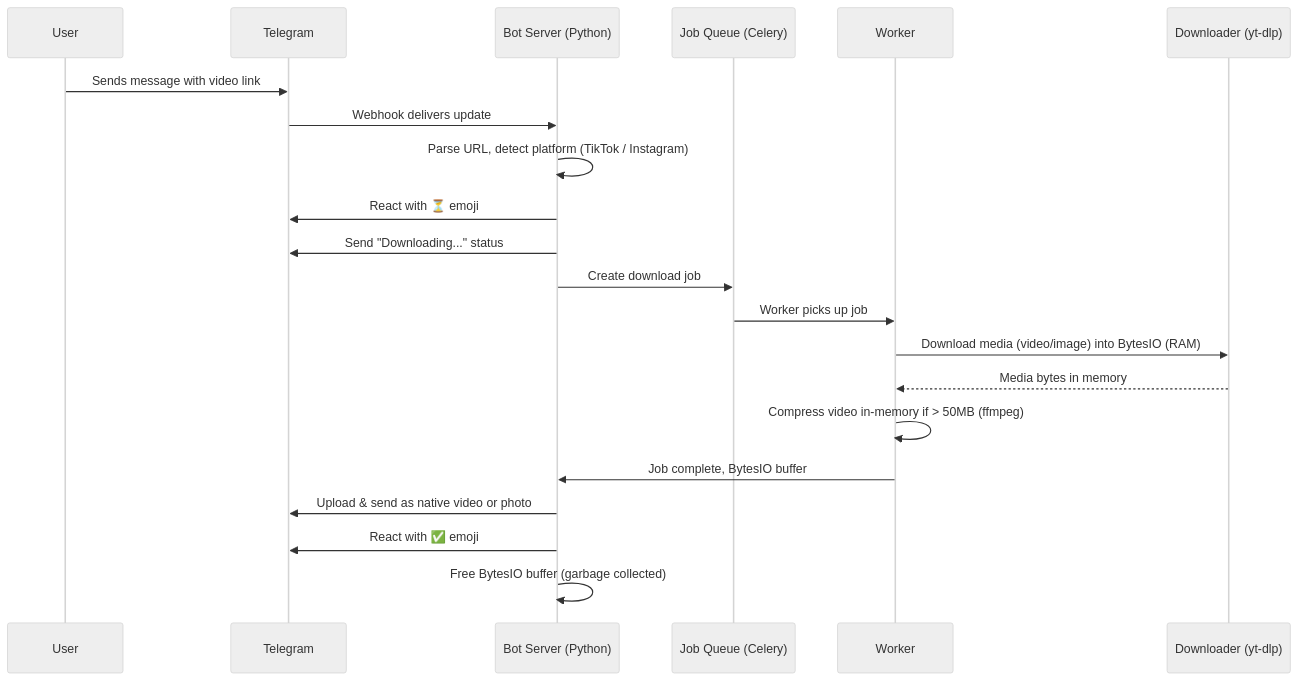
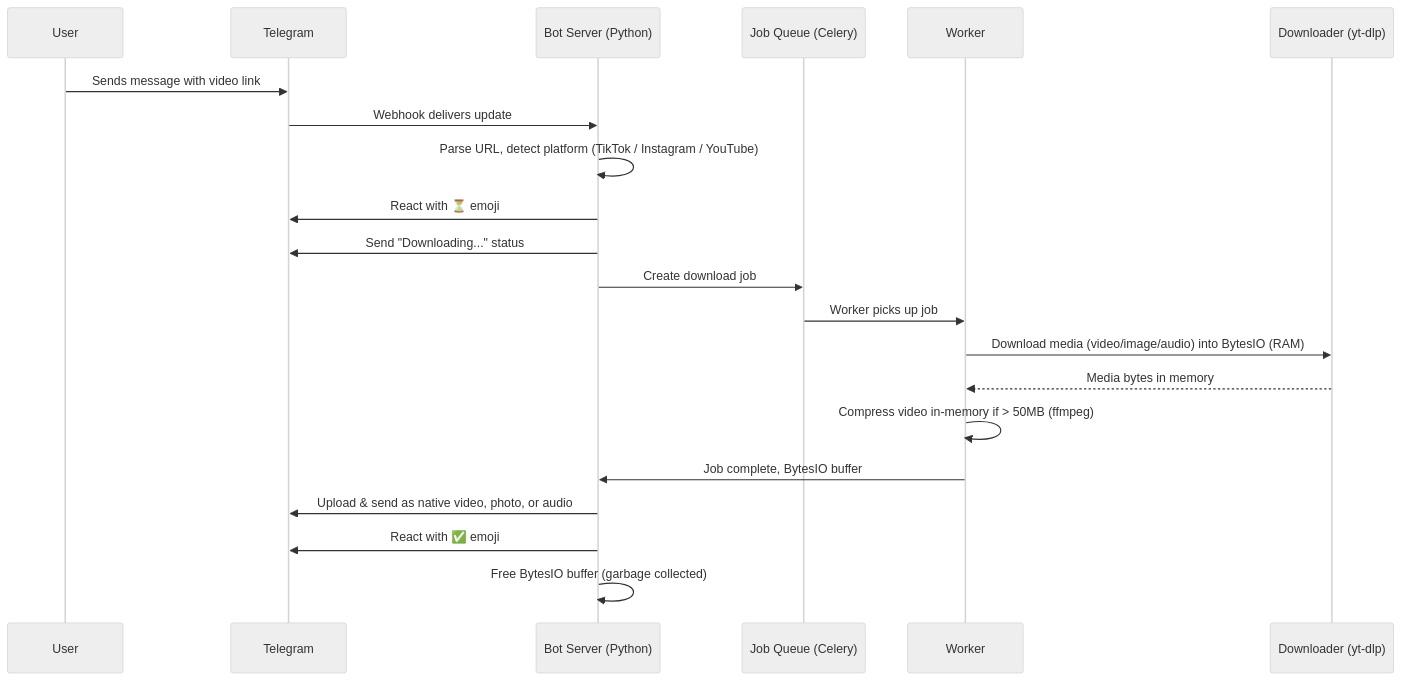
Before and after one commit to sochetraoeun/Telegram-Video-Downloader-Bot: the second of 4 diagrams in system-design.md, drawn with Mermaid (neutral theme). The commit also changed other lines of this file and 13 other files, not shown here.

````diff
--- a/system-design.md
+++ b/system-design.md
@@ -190,24 +203,24 @@
 ```mermaid
 sequenceDiagram
     participant U as User
     participant T as Telegram
     participant B as Bot Server (Python)
     participant Q as Job Queue (Celery)
     participant W as Worker
     participant D as Downloader (yt-dlp)
 
     U->>T: Sends message with video link
     T->>B: Webhook delivers update
-    B->>B: Parse URL, detect platform (TikTok / Instagram)
+    B->>B: Parse URL, detect platform (TikTok / Instagram / YouTube)
     B->>T: React with ⏳ emoji
     B->>T: Send "Downloading..." status
     B->>Q: Create download job
     Q->>W: Worker picks up job
-    W->>D: Download media (video/image) into BytesIO (RAM)
+    W->>D: Download media (video/image/audio) into BytesIO (RAM)
     D-->>W: Media bytes in memory
     W->>W: Compress video in-memory if > 50MB (ffmpeg)
     W->>B: Job complete, BytesIO buffer
-    B->>T: Upload & send as native video or photo
+    B->>T: Upload & send as native video, photo, or audio
     B->>T: React with ✅ emoji
     B->>B: Free BytesIO buffer (garbage collected)
 ```
````
